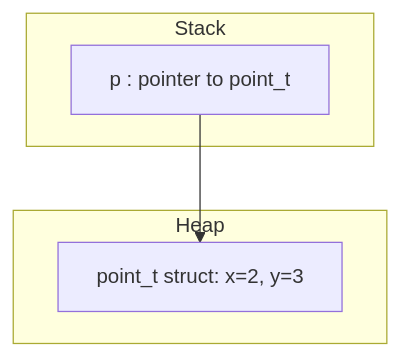
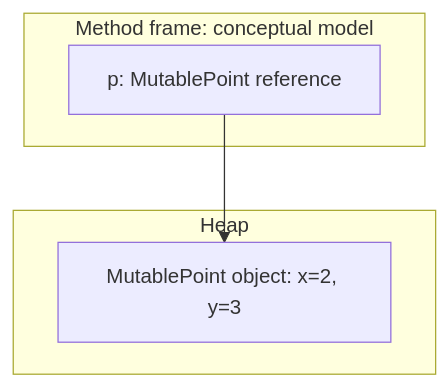
Before and after one commit to nbicocchi/learn-java-core: the second of 4 diagrams in slides/E2.1 - Java Basics.md, drawn with Mermaid. The commit also changed other lines of this file and 23 other files, not shown here.

````diff
--- a/slides/E2.1 - Java Basics.md
+++ b/slides/E2.1 - Java Basics.md
@@ -350,12 +383,10 @@
 ```mermaid
 graph TD
-    subgraph Stack
-        p["p : pointer to point_t"]
+    subgraph "Method frame: conceptual model"
+        p["p: MutablePoint reference"]
     end
-
     subgraph Heap
-        pObj["point_t struct: x=2, y=3"]
+        obj["MutablePoint object: x=2, y=3"]
     end
-
-    p --> pObj
+    p --> obj
 ```
````
